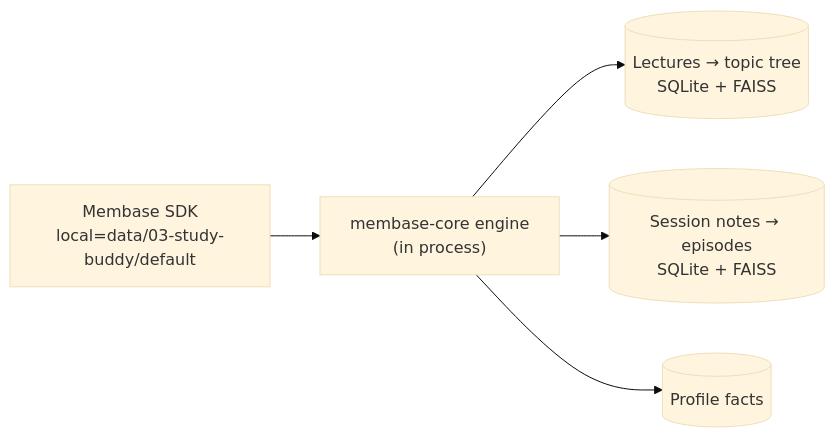
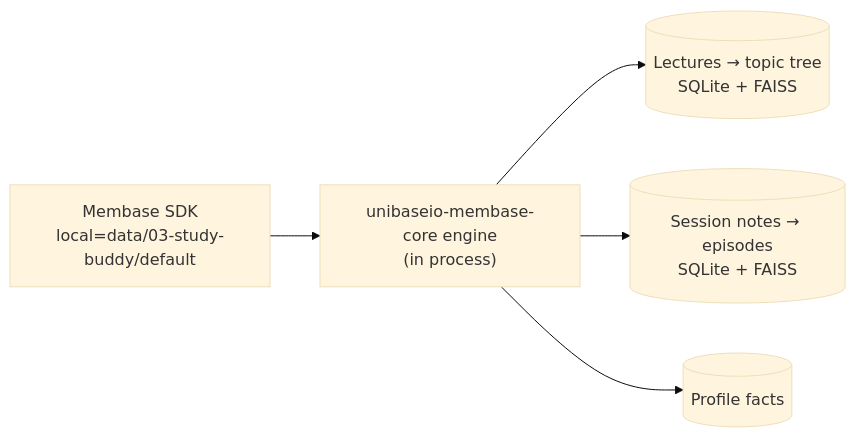
One commit to unibaseio/membase-use-cases changed the third of 3 diagrams in 03-study-buddy/README.md. Above: the diagram before and after it, drawn with Mermaid (base theme). The commit also changed other lines of this file and 13 other files, not shown here.

First line of the commit message:
Name the local engine unibaseio-membase-core, its distribution name since 0.3.0

````diff
--- a/03-study-buddy/README.md
+++ b/03-study-buddy/README.md
@@ -132,7 +132,7 @@
 ```mermaid
 flowchart LR
-  SDK["Membase SDK<br/>local=data/03-study-buddy/default"] --> Eng["membase-core engine<br/>(in process)"]
+  SDK["Membase SDK<br/>local=data/03-study-buddy/default"] --> Eng["unibaseio-membase-core engine<br/>(in process)"]
   Eng --> Docs[("Lectures → topic tree<br/>SQLite + FAISS")]
   Eng --> Eps[("Session notes → episodes<br/>SQLite + FAISS")]
   Eng --> Prof[("Profile facts")]
 ```
````
